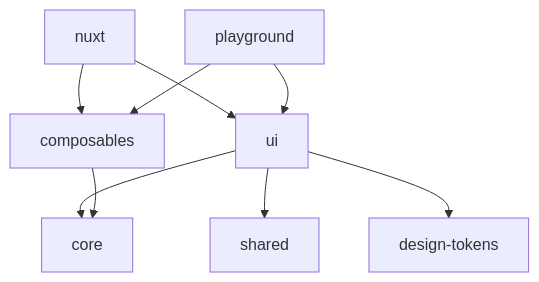
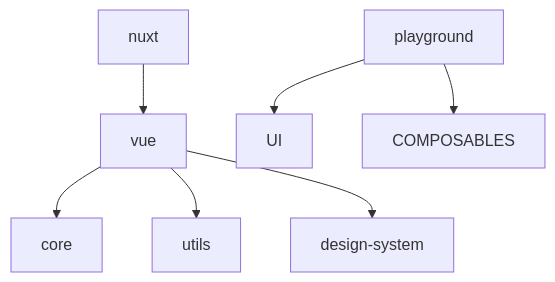
Before and after one commit to KlangHaus/grundtone: the diagram in docs/DEVELOPMENT.md, drawn with Mermaid. The commit also changed other lines of this file and 958 other files, not shown here.

````diff
--- a/docs/DEVELOPMENT.md
+++ b/docs/DEVELOPMENT.md
@@ -25,11 +25,9 @@
 ```mermaid
 graph TD
-    UI[ui] --> CORE[core]
-    UI --> SHARED[shared]
-    UI --> TOKENS[design-tokens]
-    COMPOSABLES[composables] --> CORE
-    NUXT[nuxt] --> UI
-    NUXT --> COMPOSABLES
+    VUE[vue] --> CORE[core]
+    VUE --> UTILS[utils]
+    VUE --> DS[design-system]
+    NUXT[nuxt] --> VUE
     PLAYGROUND[playground] --> UI
     PLAYGROUND --> COMPOSABLES
 ```
````
